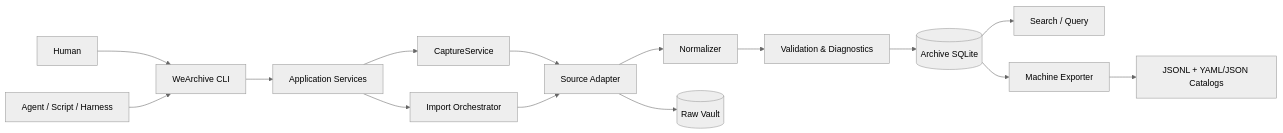
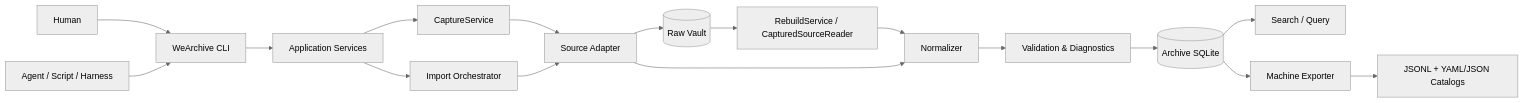
The first of 2 diagrams in docs/ARCHITECTURE.md (lybym/WeArchive), drawn with Mermaid (neutral theme) before and after one commit. The commit also changed other lines of this file and 23 other files, not shown here.

````diff
--- a/docs/ARCHITECTURE.md
+++ b/docs/ARCHITECTURE.md
@@ -22,31 +22,33 @@
 ```mermaid
 flowchart LR
     H[Human]
     G[Agent / Script / Harness]
     CLI[WeArchive CLI]
     C[Application Services]
     O[Import Orchestrator]
     A[Source Adapter]
     N[Normalizer]
     V[Validation & Diagnostics]
     S[(Archive SQLite)]
     RV[(Raw Vault)]
     Q[Search / Query]
     E[Machine Exporter]
     X[JSONL + YAML/JSON Catalogs]
 
     H --> CLI
     G --> CLI
     CLI --> C
     C --> O
     C --> CAP[CaptureService]
     CAP --> A
     A --> RV
+    RV --> RB[RebuildService / CapturedSourceReader]
+    RB --> N
     O --> A
     A --> N
     N --> V
     V --> S
     S --> Q
     S --> E
     E --> X
 ```
````
